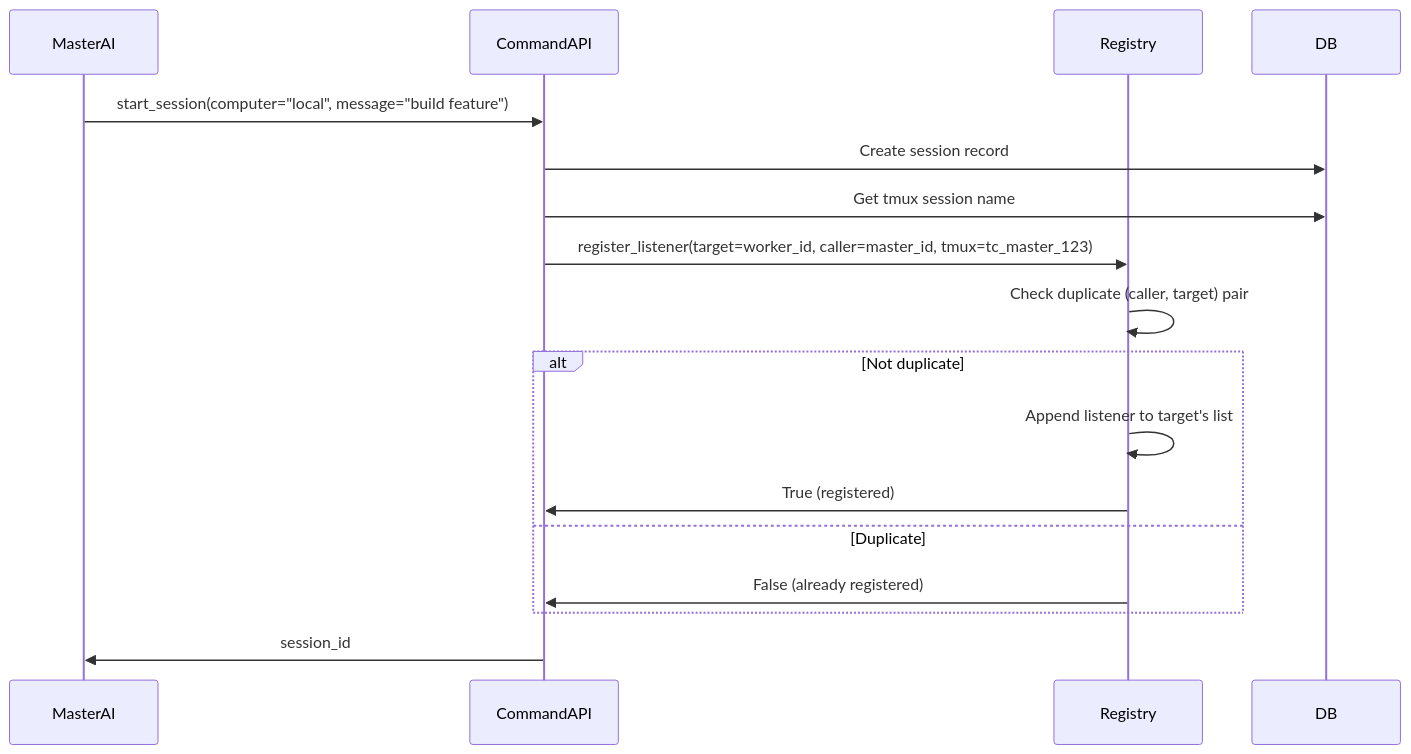
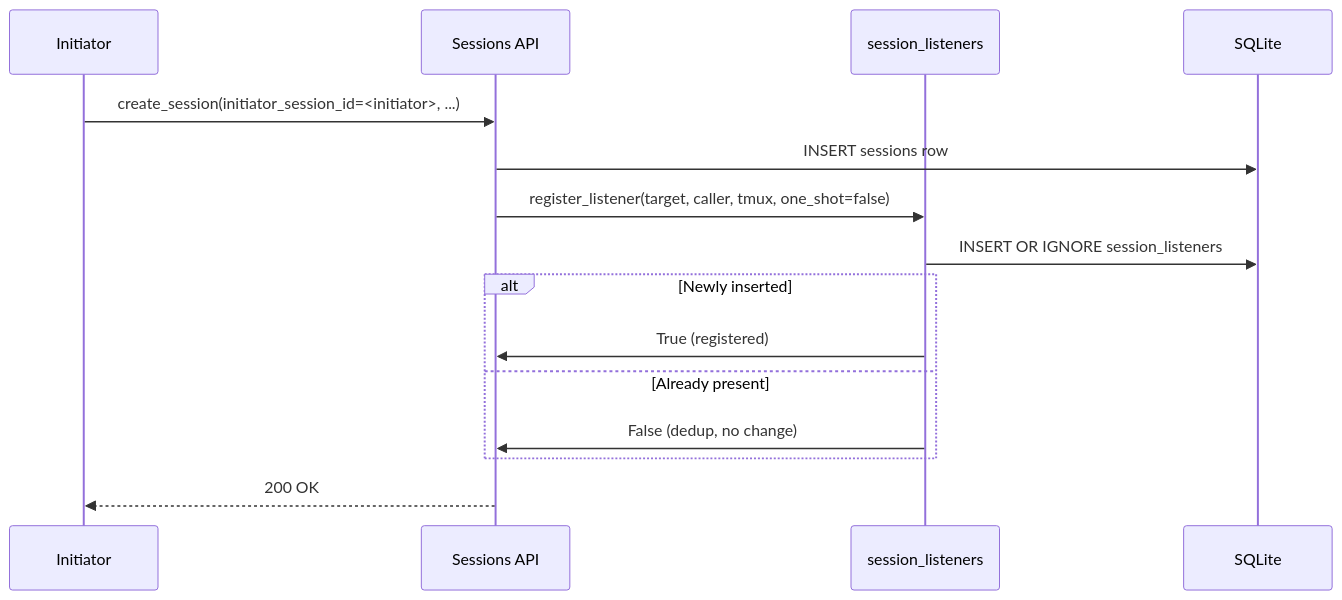
Before and after one commit to InstruktAI/TeleClaude: the first of 4 diagrams in docs/project/design/architecture/session-listeners.md, drawn with Mermaid. The commit also changed other lines of this file and 8 other files, not shown here.

````diff
--- a/docs/project/design/architecture/session-listeners.md
+++ b/docs/project/design/architecture/session-listeners.md
@@ -53,20 +55,18 @@
 ```mermaid
 sequenceDiagram
-    participant MasterAI
-    participant CommandAPI
-    participant Registry
-    participant DB
+    participant Initiator
+    participant API as Sessions API
+    participant Registry as session_listeners
+    participant DB as SQLite
 
-    MasterAI->>CommandAPI: start_session(computer="local", message="build feature")
-    CommandAPI->>DB: Create session record
-    CommandAPI->>DB: Get tmux session name
-    CommandAPI->>Registry: register_listener(target=worker_id, caller=master_id, tmux=tc_master_123)
-    Registry->>Registry: Check duplicate (caller, target) pair
-    alt Not duplicate
-        Registry->>Registry: Append listener to target's list
-        Registry->>CommandAPI: True (registered)
-    else Duplicate
-        Registry->>CommandAPI: False (already registered)
+    Initiator->>API: create_session(initiator_session_id=<initiator>, ...)
+    API->>DB: INSERT sessions row
+    API->>Registry: register_listener(target, caller, tmux, one_shot=false)
+    Registry->>DB: INSERT OR IGNORE session_listeners
+    alt Newly inserted
+        Registry->>API: True (registered)
+    else Already present
+        Registry->>API: False (dedup, no change)
     end
-    CommandAPI->>MasterAI: session_id
+    API-->>Initiator: 200 OK
 ```
````
